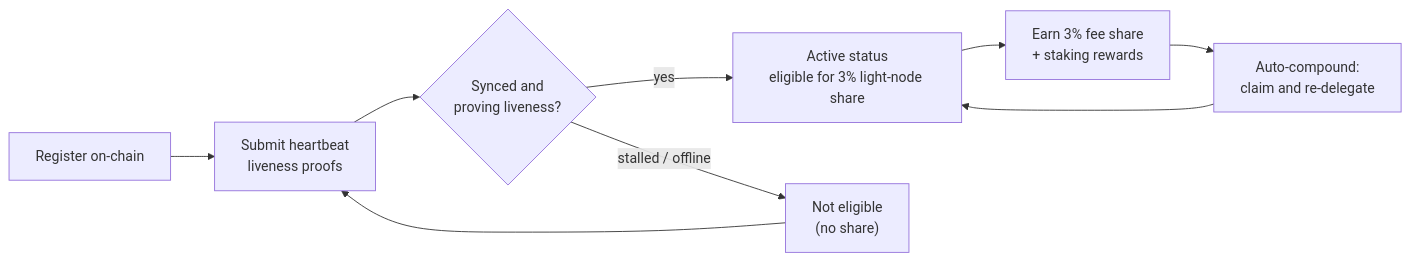
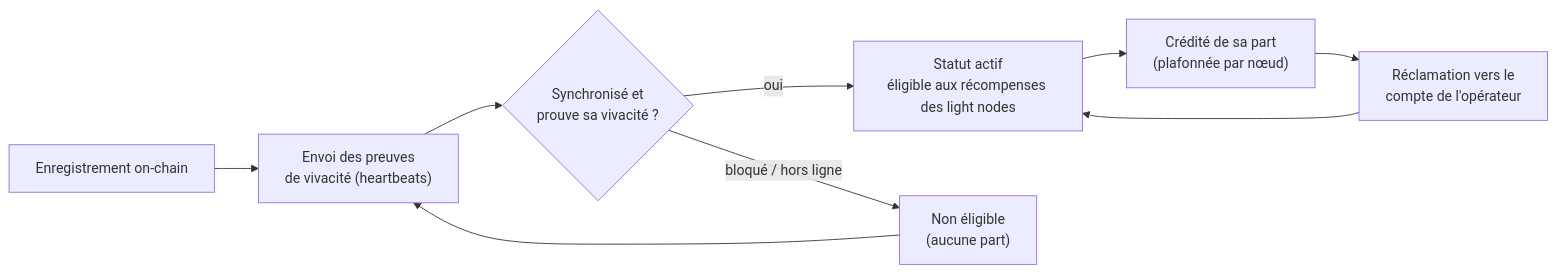
One commit to qorechain/qorechain-docs changed the diagram in i18n/fr/docusaurus-plugin-content-docs/current/light-node/rewards-and-monitoring.md. Above: the diagram before and after it, drawn with Mermaid. The commit also changed other lines of this file and 1055 other files, not shown here.

````diff
--- a/i18n/fr/docusaurus-plugin-content-docs/current/light-node/rewards-and-monitoring.md
+++ b/i18n/fr/docusaurus-plugin-content-docs/current/light-node/rewards-and-monitoring.md
@@ -34,11 +40,11 @@
 ```mermaid
 flowchart LR
-    A["Register on-chain"] --> B["Submit heartbeat<br/>liveness proofs"]
-    B --> C{"Synced and<br/>proving liveness?"}
-    C -- "yes" --> D["Active status<br/>eligible for 3% light-node share"]
-    C -- "stalled / offline" --> E["Not eligible<br/>(no share)"]
+    A["Enregistrement on-chain"] --> B["Envoi des preuves<br/>de vivacité (heartbeats)"]
+    B --> C{"Synchronisé et<br/>prouve sa vivacité ?"}
+    C -- "oui" --> D["Statut actif<br/>éligible aux récompenses des light nodes"]
+    C -- "bloqué / hors ligne" --> E["Non éligible<br/>(aucune part)"]
     E --> B
-    D --> F["Earn 3% fee share<br/>+ staking rewards"]
-    F --> G["Auto-compound:<br/>claim and re-delegate"]
+    D --> F["Crédité de sa part<br/>(plafonnée par nœud)"]
+    F --> G["Réclamation vers le<br/>compte de l'opérateur"]
     G --> D
 ```
````
